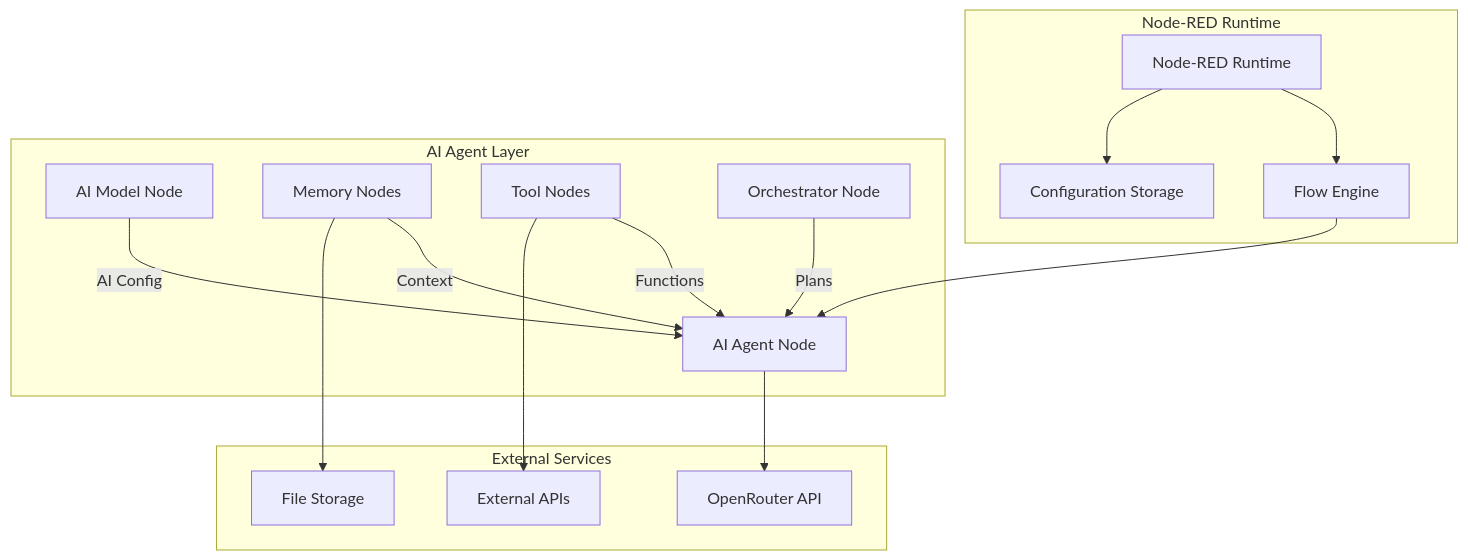
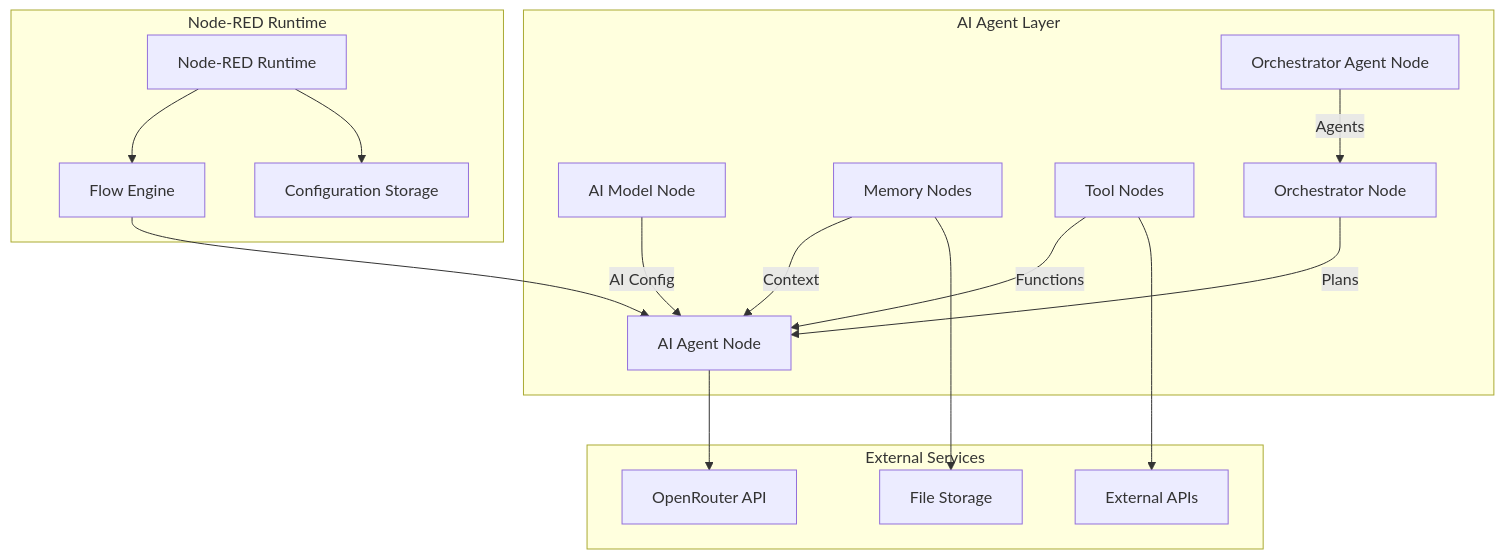
The diagram in docs/livewiki/architecture.md (ko4lax/node-red-contrib-ai-agent), drawn with Mermaid before and after one commit. The commit also changed other lines of this file and 12 other files, not shown here.

Commit message:
docs: update AI Orchestrator Agent naming and add comprehensive Chain Discovery documentation across README, architecture, and module references.

````diff
--- a/docs/livewiki/architecture.md
+++ b/docs/livewiki/architecture.md
@@ -21,32 +21,34 @@
 ```mermaid
 graph TB
     subgraph "Node-RED Runtime"
         NR[Node-RED Runtime]
         NR --> FLOW[Flow Engine]
         NR --> CONFIG[Configuration Storage]
     end
     
     subgraph "AI Agent Layer"
         AGENT[AI Agent Node]
         MODEL[AI Model Node]
         MEMORY[Memory Nodes]
         TOOLS[Tool Nodes]
+        DISCOVER[Orchestrator Agent Node]
         ORCH[Orchestrator Node]
     end
     
     subgraph "External Services"
         OPENROUTER[OpenRouter API]
         APIS[External APIs]
         STORAGE[File Storage]
     end
     
     FLOW --> AGENT
     MODEL -->|AI Config| AGENT
     MEMORY -->|Context| AGENT
     TOOLS -->|Functions| AGENT
+    DISCOVER -->|Agents| ORCH
     ORCH -->|Plans| AGENT
     
     AGENT --> OPENROUTER
     TOOLS --> APIS
     MEMORY --> STORAGE
 ```
````
